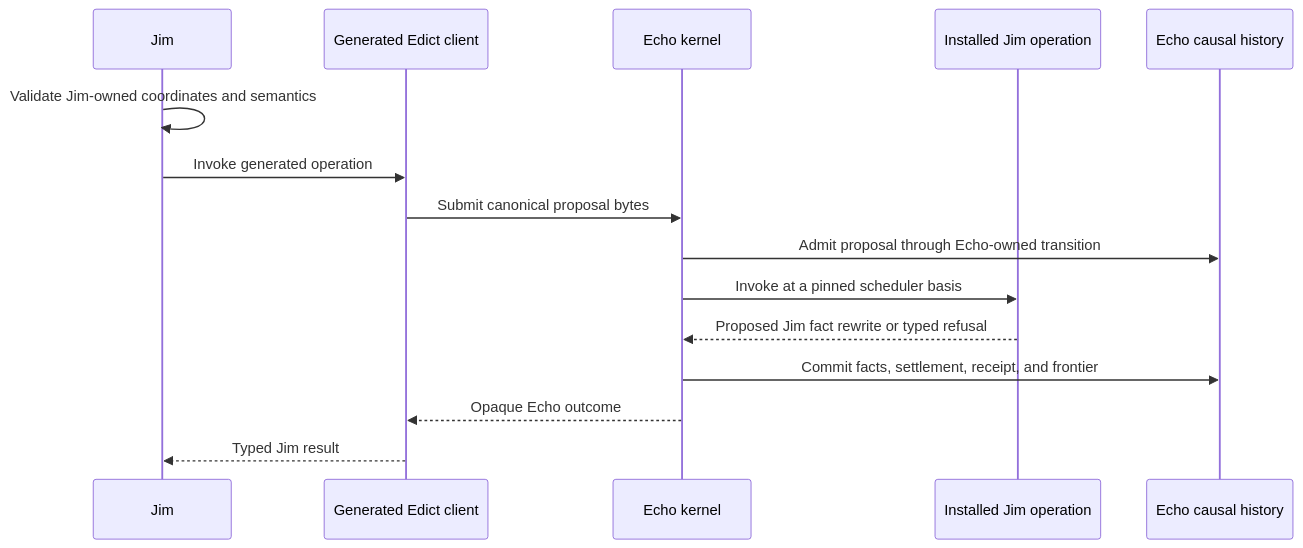
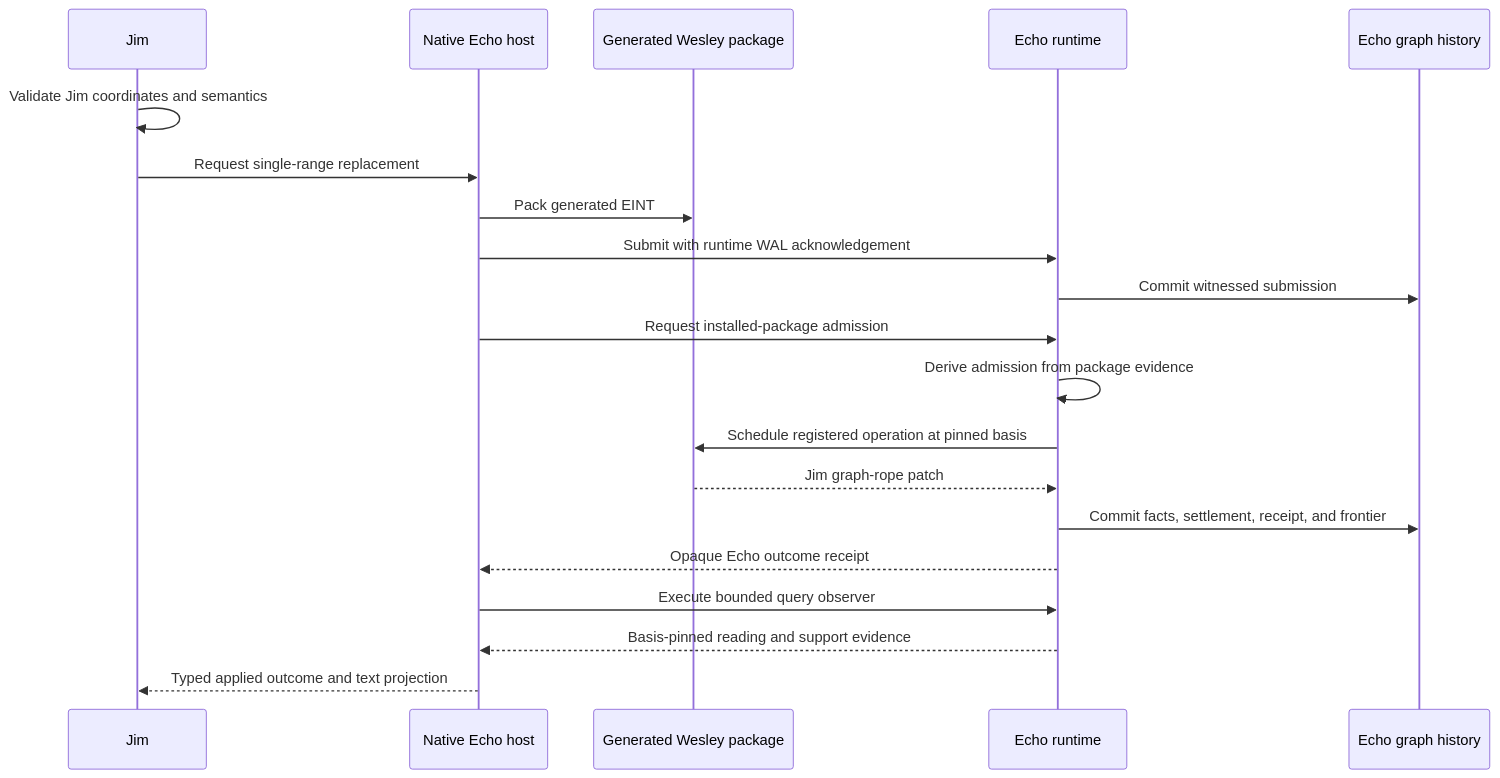
The second of 2 diagrams in docs/echo-application-hosting-guide.md (flyingrobots/jedit), drawn with Mermaid before and after one commit. The commit also changed other lines of this file and 47 other files, not shown here.

Commit message:
Add real Echo text operation corridor

````diff
--- a/docs/echo-application-hosting-guide.md
+++ b/docs/echo-application-hosting-guide.md
@@ -94,18 +112,23 @@
 ```mermaid
 sequenceDiagram
     participant J as Jim
-    participant E as Generated Edict client
-    participant K as Echo kernel
-    participant O as Installed Jim operation
-    participant G as Echo causal history
+    participant H as Native Echo host
+    participant W as Generated Wesley package
+    participant E as Echo runtime
+    participant G as Echo graph history
 
-    J->>J: Validate Jim-owned coordinates and semantics
-    J->>E: Invoke generated operation
-    E->>K: Submit canonical proposal bytes
-    K->>G: Admit proposal through Echo-owned transition
-    K->>O: Invoke at a pinned scheduler basis
-    O-->>K: Proposed Jim fact rewrite or typed refusal
-    K->>G: Commit facts, settlement, receipt, and frontier
-    K-->>E: Opaque Echo outcome
-    E-->>J: Typed Jim result
+    J->>J: Validate Jim coordinates and semantics
+    J->>H: Request single-range replacement
+    H->>W: Pack generated EINT
+    H->>E: Submit with runtime WAL acknowledgement
+    E->>G: Commit witnessed submission
+    H->>E: Request installed-package admission
+    E->>E: Derive admission from package evidence
+    E->>W: Schedule registered operation at pinned basis
+    W-->>E: Jim graph-rope patch
+    E->>G: Commit facts, settlement, receipt, and frontier
+    E-->>H: Opaque Echo outcome receipt
+    H->>E: Execute bounded query observer
+    E-->>H: Basis-pinned reading and support evidence
+    H-->>J: Typed applied outcome and text projection
 ```
````
